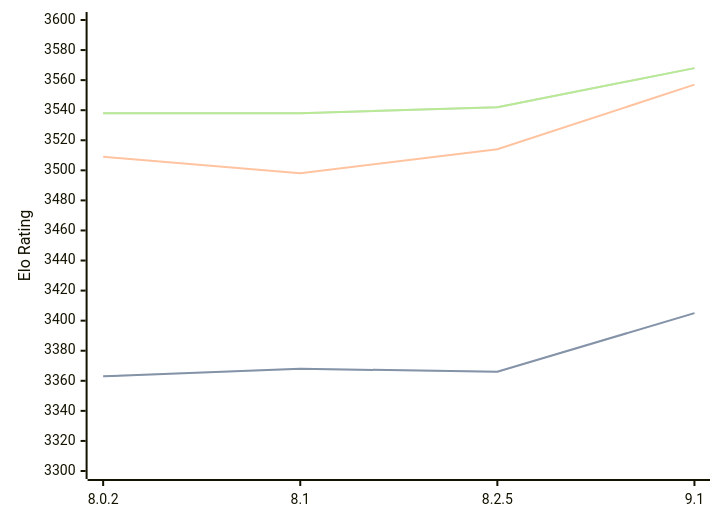
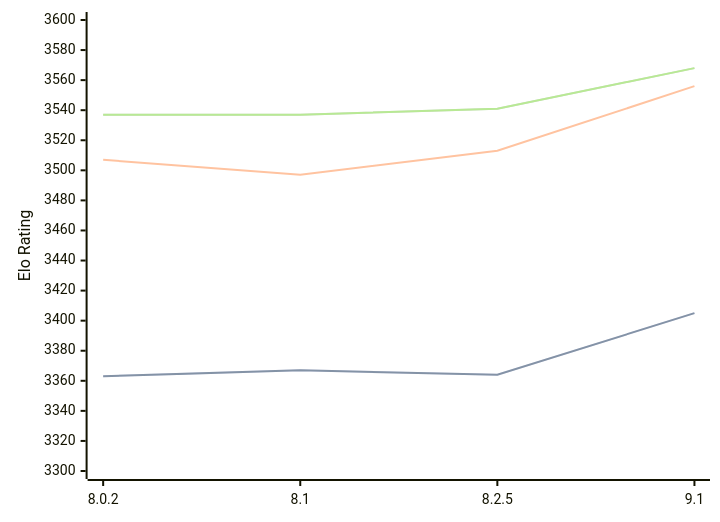
One commit to computer-chess-index/cci changed the diagram in engines/Clover.md. Above: the diagram before and after it, drawn with Mermaid. The commit also changed other lines of this file, not shown here.

Commit message:
Update CCI Ratings (ELO VLTC) - 2026-03-30

````diff
--- a/engines/Clover.md
+++ b/engines/Clover.md
@@ -64,11 +64,11 @@
 ```mermaid
 %%{init: {"theme":"base","themeVariables":{"seriesColors:['#a3a3a3','#222221','#faa371']}}}%%
 xychart-beta
   x-axis ["8.0.2", "8.1", "8.2.5", "9.1"]
   y-axis "Elo Rating" 3300 --> 3600
-  line "STC (8.0+0.08s)" [3363, 3368, 3366, 3405]
-  line "STC (8.0+0.08s)" [3363, 3368, 3366, 3405]
-  line "LTC (60.0+0.60s)" [3509, 3498, 3514, 3557]
-  line "VLTC (2m24s+1.12s)" [3538, 3538, 3542, 3568]
-  line "VLTC (2m24s+1.12s)" [3538, 3538, 3542, 3568]
+  line "STC (8.0+0.08s)" [3363, 3367, 3364, 3405]
+  line "STC (8.0+0.08s)" [3363, 3367, 3364, 3405]
+  line "LTC (60.0+0.60s)" [3507, 3497, 3513, 3556]
+  line "VLTC (2m24s+1.12s)" [3537, 3537, 3541, 3568]
+  line "VLTC (2m24s+1.12s)" [3537, 3537, 3541, 3568]
 ```
````
